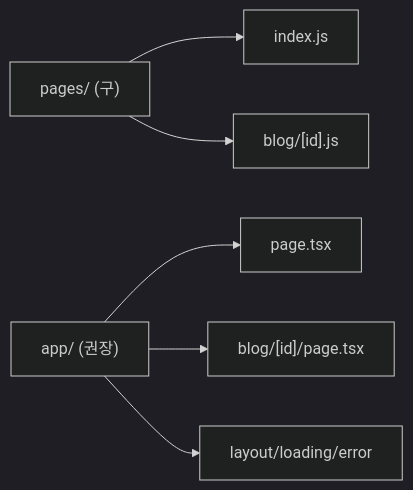
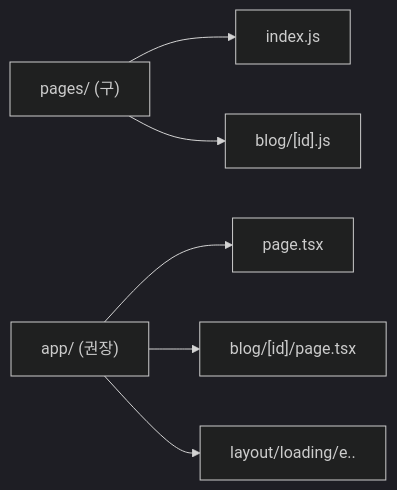
The second of 6 diagrams in _posts/frontend/2026-05-02-nextjs-fundamentals.md (yjkim2015/yjkim2015.github.io), drawn with Mermaid (dark theme) before and after one commit. The commit also changed other lines of this file and 149 other files, not shown here.

First line of the commit message:
Mermaid 가독성 개선: 라벨 축약, 노드 축소, TD→LR 변환

````diff
--- a/_posts/frontend/2026-05-02-nextjs-fundamentals.md
+++ b/_posts/frontend/2026-05-02-nextjs-fundamentals.md
@@ -48,8 +48,8 @@
 ```mermaid
 graph LR
     PR["pages/ (구)"] --> PI["index.js"]
     PR --> PB["blog/[id].js"]
     AR["app/ (권장)"] --> AI["page.tsx"]
     AR --> AB["blog/[id]/page.tsx"]
-    AR --> ARO["layout/loading/error"]
+    AR --> ARO["layout/loading/e.."]
 ```
````
